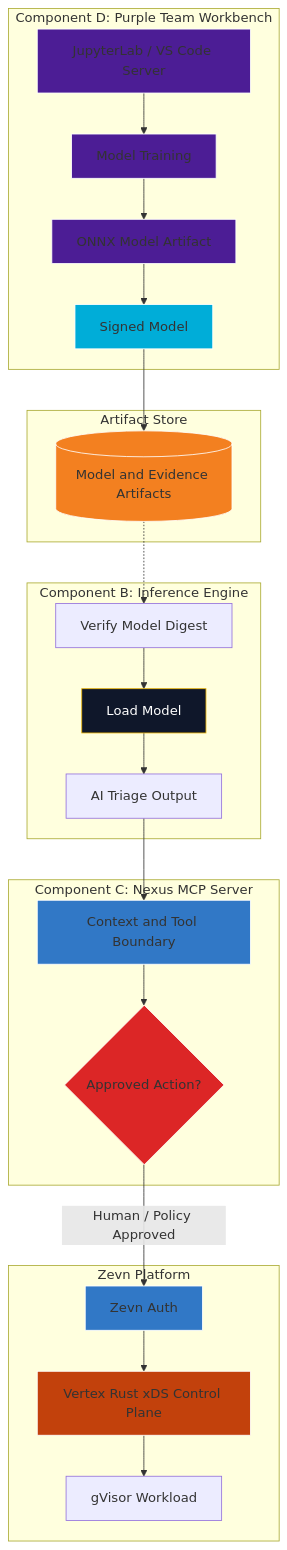
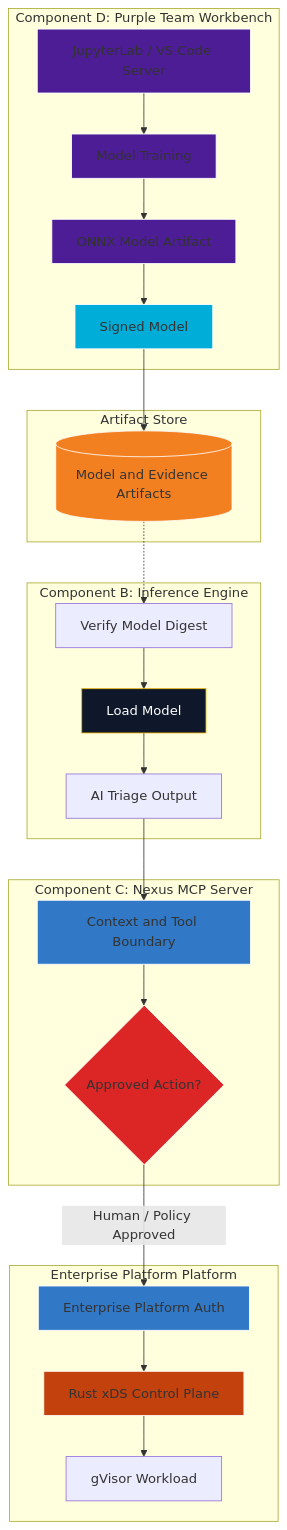
The diagram in docs/architecture/07-mcp-workbench.md (acald-creator/core-nexus), drawn with Mermaid before and after one commit. The commit also changed other lines of this file and 12 other files, not shown here.

````diff
--- a/docs/architecture/07-mcp-workbench.md
+++ b/docs/architecture/07-mcp-workbench.md
@@ -55,53 +55,53 @@
 ```mermaid
 graph TD
     subgraph "Component D: Purple Team Workbench"
         A[JupyterLab / VS Code Server]
         B[Model Training]
         C[ONNX Model Artifact]
         D[Signed Model]
         A --> B
         B --> C
         C --> D
     end
 
     subgraph "Artifact Store"
         E[(Model and Evidence Artifacts)]
         D --> E
     end
 
     subgraph "Component B: Inference Engine"
         F[Verify Model Digest]
         G[Load Model]
         H[AI Triage Output]
         E -.-> F
         F --> G
         G --> H
     end
 
     subgraph "Component C: Nexus MCP Server"
         I[Context and Tool Boundary]
         J{Approved Action?}
         H --> I
         I --> J
     end
 
-    subgraph "Zevn Platform"
-        K[Zevn Auth]
-        L[Vertex Rust xDS Control Plane]
+    subgraph "Enterprise Platform Platform"
+        K[Enterprise Platform Auth]
+        L[Rust xDS Control Plane]
         M[gVisor Workload]
         J -->|Human / Policy Approved| K
         K --> L
         L --> M
     end
 
     style A fill:#4c1d95,stroke:#fff
     style B fill:#4c1d95,stroke:#fff
     style C fill:#4c1d95,stroke:#fff
     style D fill:#00add8,stroke:#fff
     style E fill:#f38020,stroke:#fff
     style G fill:#0f172a,stroke:#eab308,color:#fff
     style I fill:#3178c6,stroke:#fff
     style J fill:#dc2626,stroke:#fff
     style K fill:#3178c6,stroke:#fff
     style L fill:#c2410c,stroke:#fff
 ```
````
